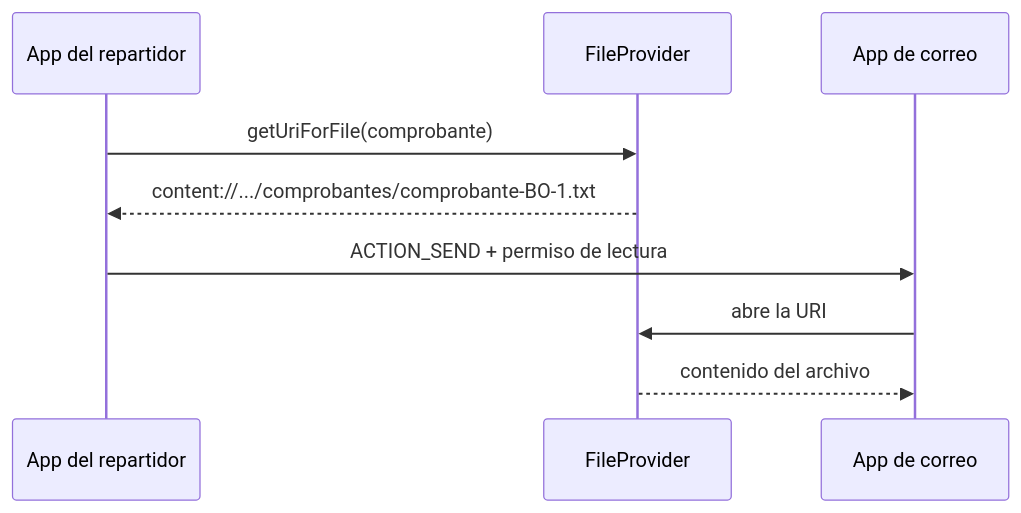
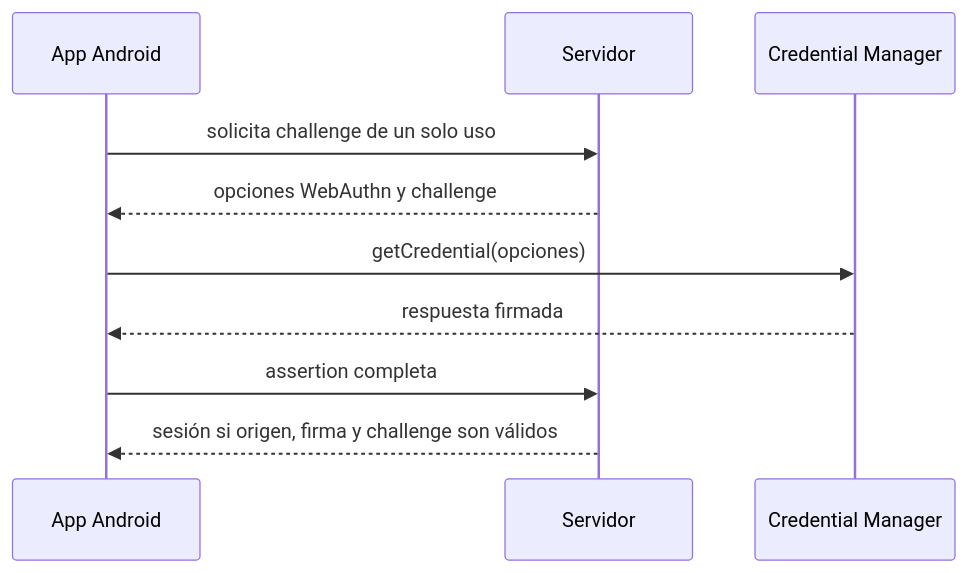
One commit to NICORUIZ93/The_Imperial_Book changed the fifth of 9 diagrams in web/public/content/android/modulo-15.md. Above: the diagram before and after it, drawn with Mermaid. The commit also changed other lines of this file and 305 other files, not shown here.

````diff
--- a/web/public/content/android/modulo-15.md
+++ b/web/public/content/android/modulo-15.md
@@ -304,11 +317,12 @@
 ```mermaid
 sequenceDiagram
-    participant A as App del repartidor
-    participant F as FileProvider
-    participant C as App de correo
-    A->>F: getUriForFile(comprobante)
-    F-->>A: content://.../comprobantes/comprobante-BO-1.txt
-    A->>C: ACTION_SEND + permiso de lectura
-    C->>F: abre la URI
-    F-->>C: contenido del archivo
+    participant A as App Android
+    participant S as Servidor
+    participant C as Credential Manager
+    A->>S: solicita challenge de un solo uso
+    S-->>A: opciones WebAuthn y challenge
+    A->>C: getCredential(opciones)
+    C-->>A: respuesta firmada
+    A->>S: assertion completa
+    S-->>A: sesión si origen, firma y challenge son válidos
 ```
````
